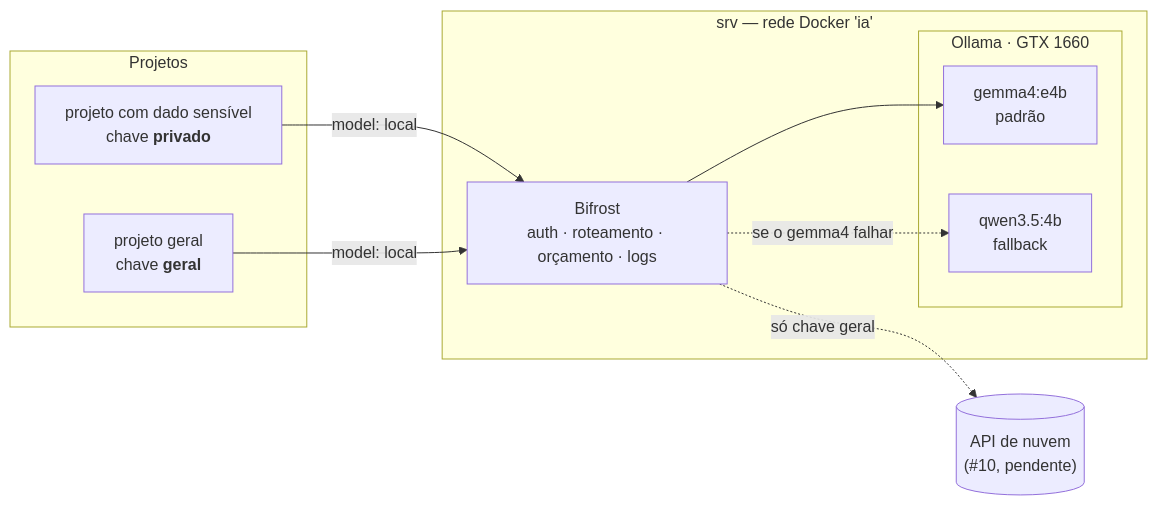
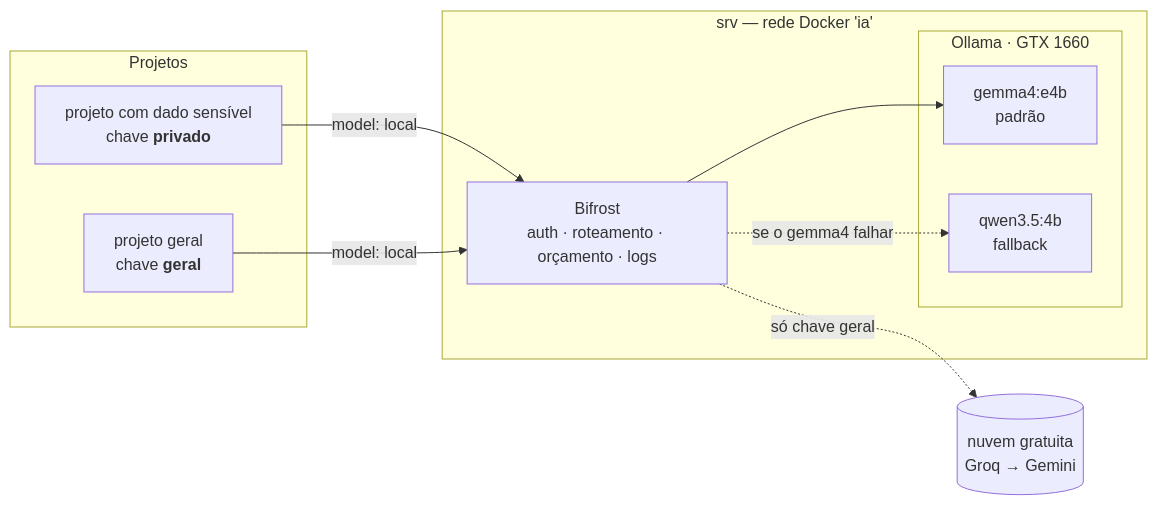
Before and after one commit to g-Ac/homelab: the diagram in docs/etapa-1.md, drawn with Mermaid. The commit also changed other lines of this file and 4 other files, not shown here.

First line of the commit message:
Rota de nuvem gratuita (Groq + Gemini) e privacidade que falha fechado

````diff
--- a/docs/etapa-1.md
+++ b/docs/etapa-1.md
@@ -9,23 +9,23 @@
 ```mermaid
 flowchart LR
     subgraph Projetos
         P1["projeto com dado sensível<br/>chave <b>privado</b>"]
         P2["projeto geral<br/>chave <b>geral</b>"]
     end
 
     subgraph SRV["srv — rede Docker 'ia'"]
         GW["Bifrost<br/>auth · roteamento · orçamento · logs"]
         subgraph OL["Ollama · GTX 1660"]
             G["gemma4:e4b<br/>padrão"]
             Q["qwen3.5:4b<br/>fallback"]
         end
     end
 
-    NUVEM[("API de nuvem<br/>(#10, pendente)")]
+    NUVEM[("nuvem gratuita<br/>Groq → Gemini")]
 
     P1 -- "model: local" --> GW
     P2 -- "model: local" --> GW
     GW --> G
     GW -. "se o gemma4 falhar" .-> Q
     GW -. "só chave geral" .-> NUVEM
 ```
````
